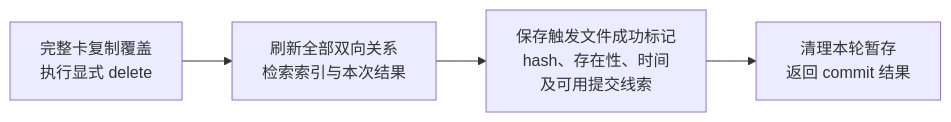
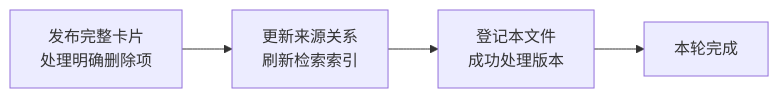
Before and after one commit to Robin-hhc/FactumCore: the seventh of 7 diagrams in himate/himate-knowledge-wifi-mp/docs-llm-wiki/知识库详细设计.md, drawn with Mermaid. The commit also changed other lines of this file, not shown here.

First line of the commit message:
docs: explain search and ingest with logical diagrams

````diff
--- a/himate/himate-knowledge-wifi-mp/docs-llm-wiki/知识库详细设计.md
+++ b/himate/himate-knowledge-wifi-mp/docs-llm-wiki/知识库详细设计.md
@@ -290,6 +253,6 @@
 ```mermaid
 flowchart LR
-    A["完整卡复制覆盖<br/>执行显式 delete"] --> B["刷新全部双向关系<br/>检索索引与本次结果"]
-    B --> C["保存触发文件成功标记<br/>hash、存在性、时间<br/>及可用提交线索"]
-    C --> D["清理本轮暂存<br/>返回 commit 结果"]
+    A["发布完整卡片<br/>处理明确删除项"] --> B["更新来源关系<br/>刷新检索索引"]
+    B --> C["登记本文件<br/>成功处理版本"]
+    C --> D["本轮完成"]
 ```
````
